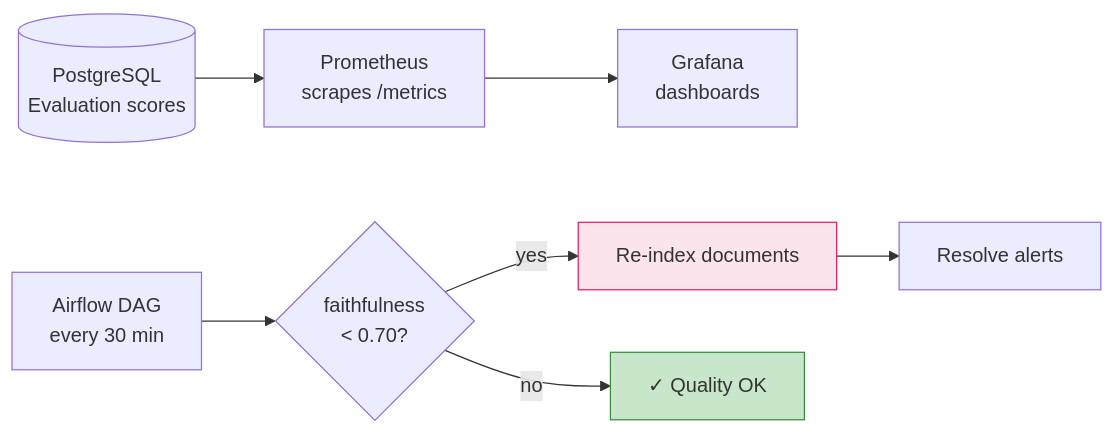
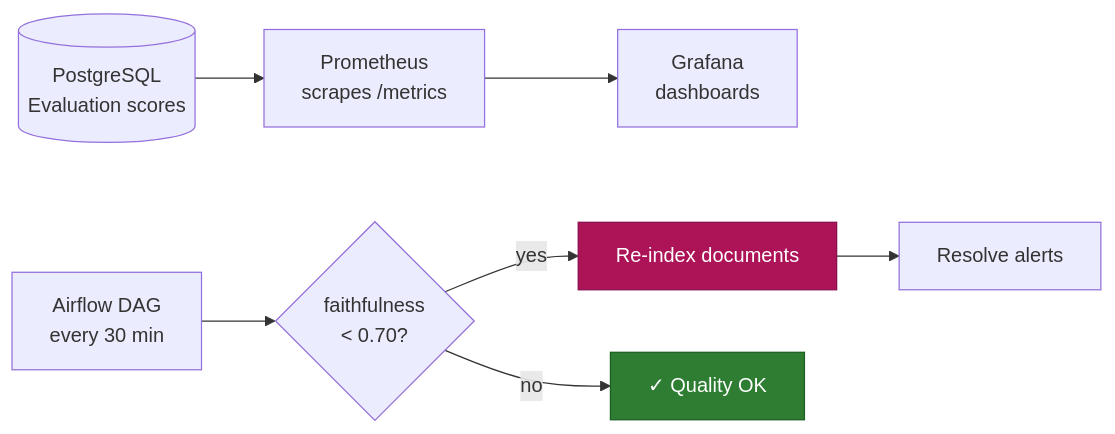
Before and after one commit to MOURYAN-MB/RAG-systems: the eighth of 9 diagrams in README.md, drawn with Mermaid. The commit also changed other lines of this file, not shown here.

````diff
--- a/README.md
+++ b/README.md
@@ -184,13 +184,13 @@
 ```mermaid
 flowchart LR
     DB[(PostgreSQL\nEvaluation scores)] --> PROM[Prometheus\nscrapes /metrics]
     PROM --> GRAF[Grafana\ndashboards]
 
     DAG[Airflow DAG\nevery 30 min] --> CHECK{faithfulness\n< 0.70?}
     CHECK -->|yes| INGEST[Re-index documents]
     CHECK -->|no| DONE[✓ Quality OK]
     INGEST --> RESOLVE[Resolve alerts]
 
-    style DONE fill:#c8e6c9,stroke:#388E3C
-    style INGEST fill:#fce4ec,stroke:#E91E63
+    style DONE fill:#2E7D32,stroke:#1B5E20,color:#FFFFFF
+    style INGEST fill:#AD1457,stroke:#880E4F,color:#FFFFFF
 ```
````
